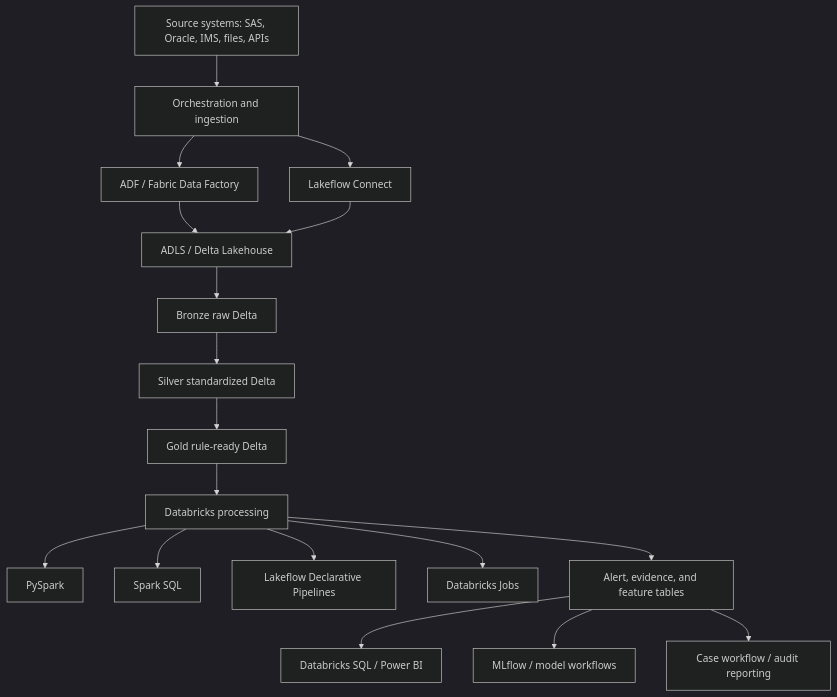
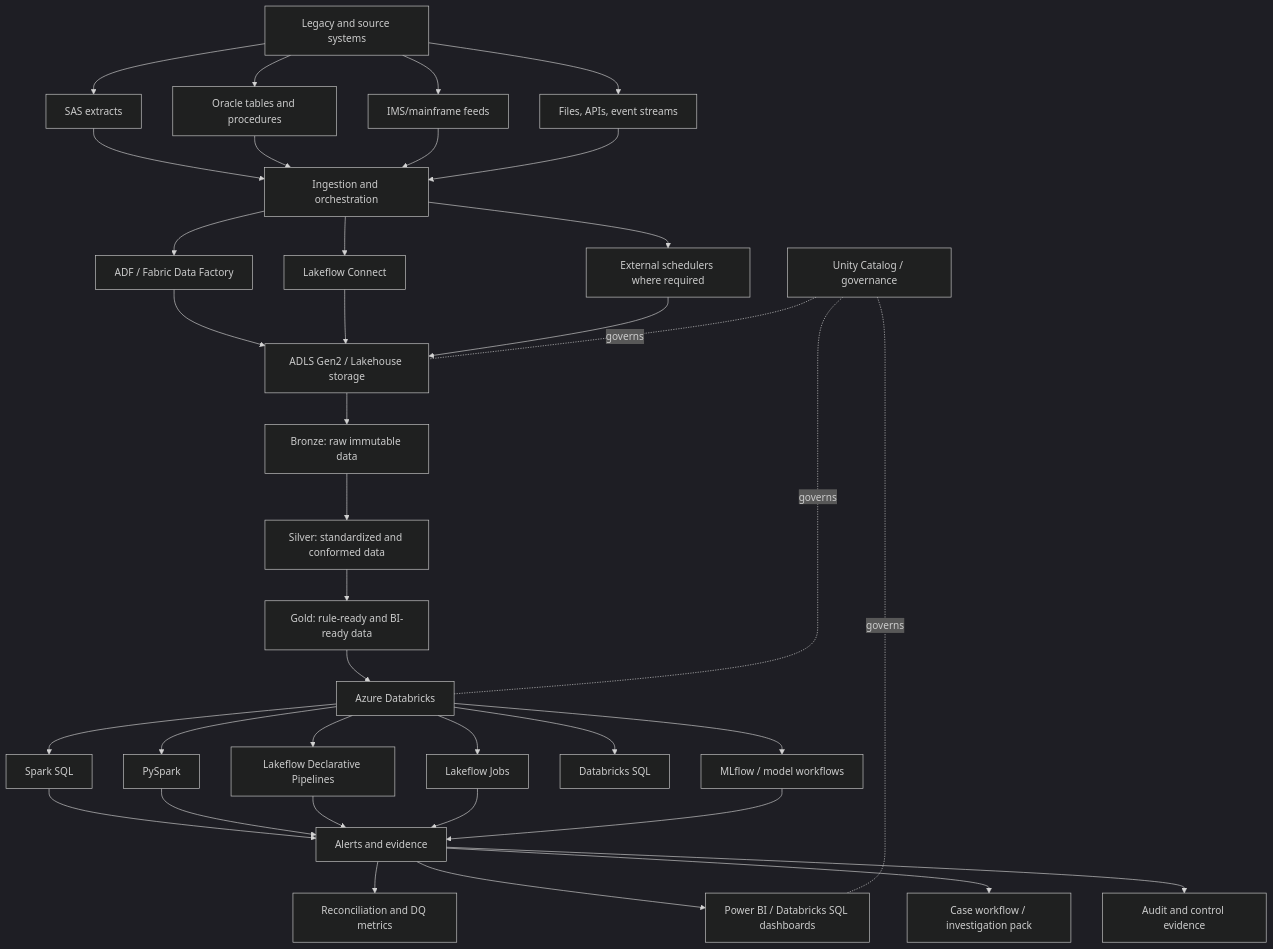
The first of 11 diagrams in docs/14-tech-stack-reference.md (tomqwu/aml_learning_for_fintech), drawn with Mermaid (dark theme) before and after one commit. The commit also changed other lines of this file and 2 other files, not shown here.

````diff
--- a/docs/14-tech-stack-reference.md
+++ b/docs/14-tech-stack-reference.md
@@ -21,20 +78,47 @@
 ```mermaid
 flowchart TB
-    A[Source systems: SAS, Oracle, IMS, files, APIs] --> B[Orchestration and ingestion]
+    A[Legacy and source systems] --> A1[SAS extracts]
+    A --> A2[Oracle tables and procedures]
+    A --> A3[IMS/mainframe feeds]
+    A --> A4[Files, APIs, event streams]
+
+    A1 --> B[Ingestion and orchestration]
+    A2 --> B
+    A3 --> B
+    A4 --> B
+
     B --> B1[ADF / Fabric Data Factory]
     B --> B2[Lakeflow Connect]
-    B1 --> C[ADLS / Delta Lakehouse]
+    B --> B3[External schedulers where required]
+
+    B1 --> C[ADLS Gen2 / Lakehouse storage]
     B2 --> C
-    C --> C1[Bronze raw Delta]
-    C1 --> C2[Silver standardized Delta]
-    C2 --> C3[Gold rule-ready Delta]
-    C3 --> D[Databricks processing]
-    D --> D1[PySpark]
-    D --> D2[Spark SQL]
+    B3 --> C
+
+    C --> C1[Bronze: raw immutable data]
+    C1 --> C2[Silver: standardized and conformed data]
+    C2 --> C3[Gold: rule-ready and BI-ready data]
+
+    C3 --> D[Azure Databricks]
+    D --> D1[Spark SQL]
+    D --> D2[PySpark]
     D --> D3[Lakeflow Declarative Pipelines]
-    D --> D4[Databricks Jobs]
-    D --> E[Alert, evidence, and feature tables]
-    E --> F[Databricks SQL / Power BI]
-    E --> G[MLflow / model workflows]
-    E --> H[Case workflow / audit reporting]
+    D --> D4[Lakeflow Jobs]
+    D --> D5[Databricks SQL]
+    D --> D6[MLflow / model workflows]
+
+    D1 --> E[Alerts and evidence]
+    D2 --> E
+    D3 --> E
+    D4 --> E
+    D6 --> E
+
+    E --> F[Reconciliation and DQ metrics]
+    E --> G[Power BI / Databricks SQL dashboards]
+    E --> H[Case workflow / investigation pack]
+    E --> I[Audit and control evidence]
+
+    J[Unity Catalog / governance] -. governs .- C
+    J -. governs .- D
+    J -. governs .- G
 ```
````
